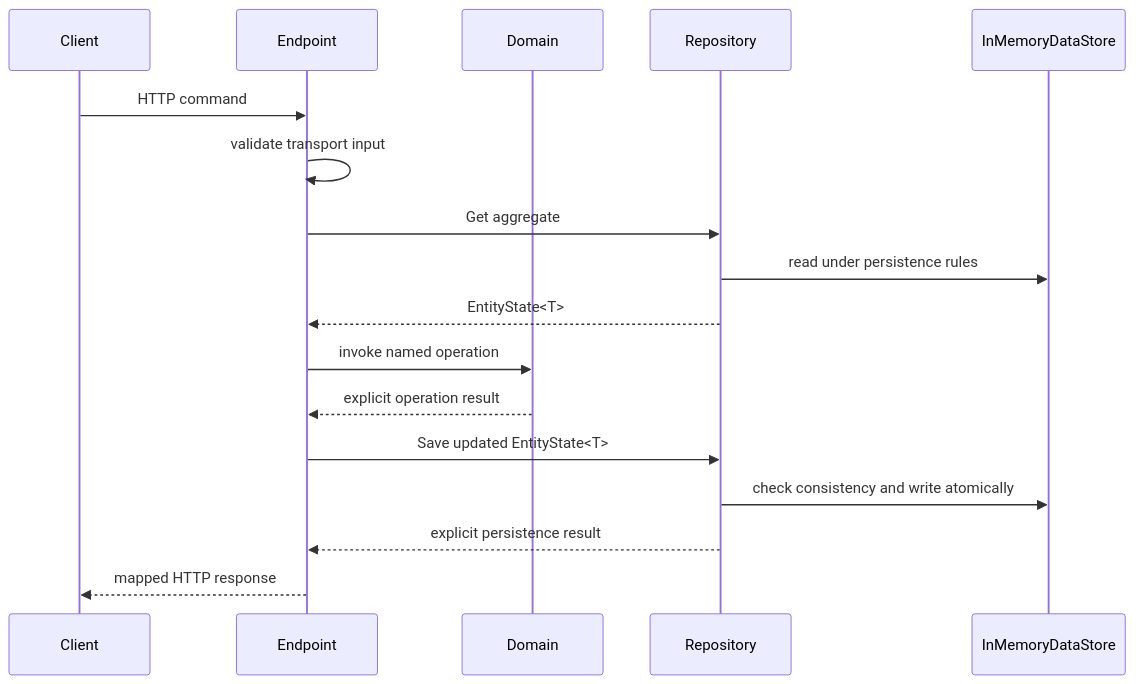
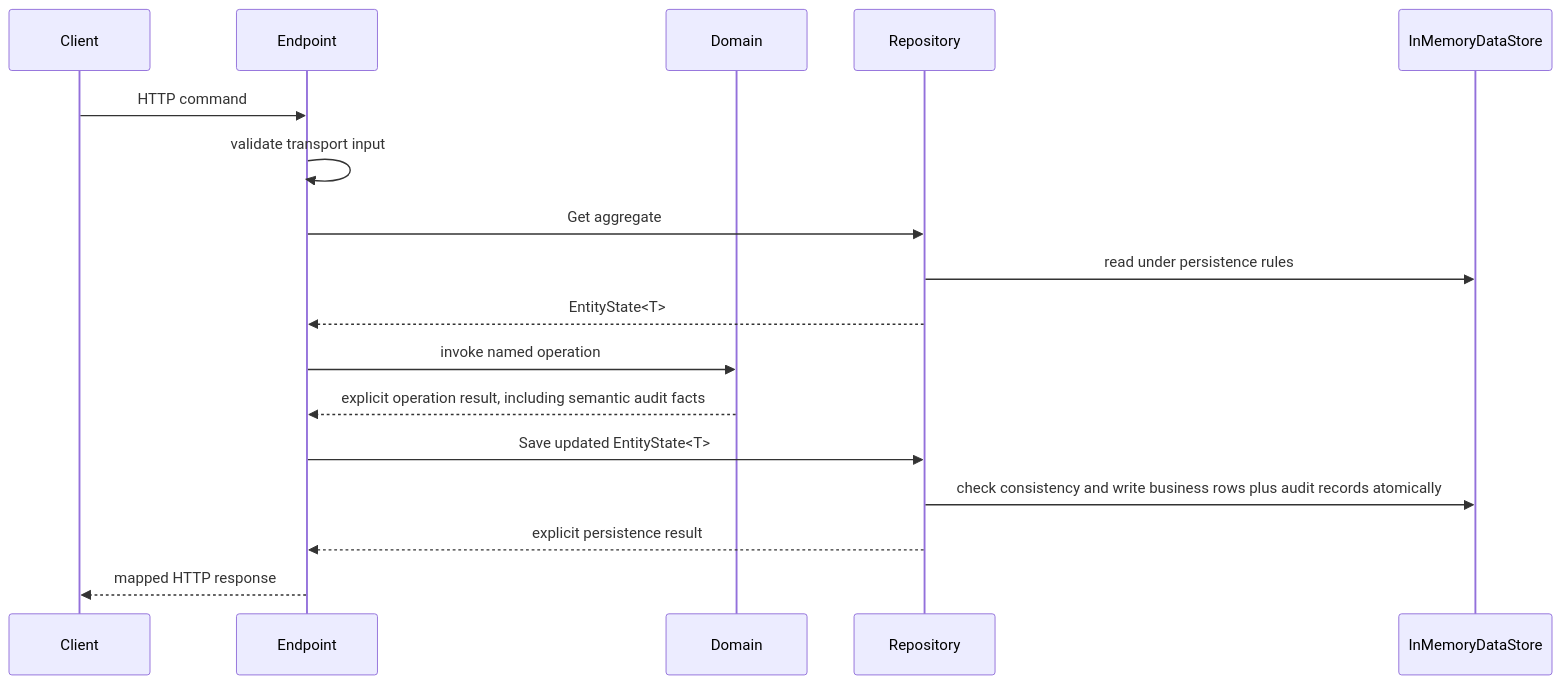
One commit to kierondye/BudgetyTzar changed the fourth of 5 diagrams in docs/architecture.md. Above: the diagram before and after it, drawn with Mermaid. The commit also changed other lines of this file and 22 other files, not shown here.

Commit message:
refactor: move audit facts into aggregates

````diff
--- a/docs/architecture.md
+++ b/docs/architecture.md
@@ -148,20 +153,20 @@
 ```mermaid
 sequenceDiagram
     participant Client
     participant Endpoint
     participant Domain
     participant Repository
     participant Store as InMemoryDataStore
 
     Client->>Endpoint: HTTP command
     Endpoint->>Endpoint: validate transport input
     Endpoint->>Repository: Get aggregate
     Repository->>Store: read under persistence rules
     Repository-->>Endpoint: EntityState<T>
     Endpoint->>Domain: invoke named operation
-    Domain-->>Endpoint: explicit operation result
+    Domain-->>Endpoint: explicit operation result, including semantic audit facts
     Endpoint->>Repository: Save updated EntityState<T>
-    Repository->>Store: check consistency and write atomically
+    Repository->>Store: check consistency and write business rows plus audit records atomically
     Repository-->>Endpoint: explicit persistence result
     Endpoint-->>Client: mapped HTTP response
 ```
````
